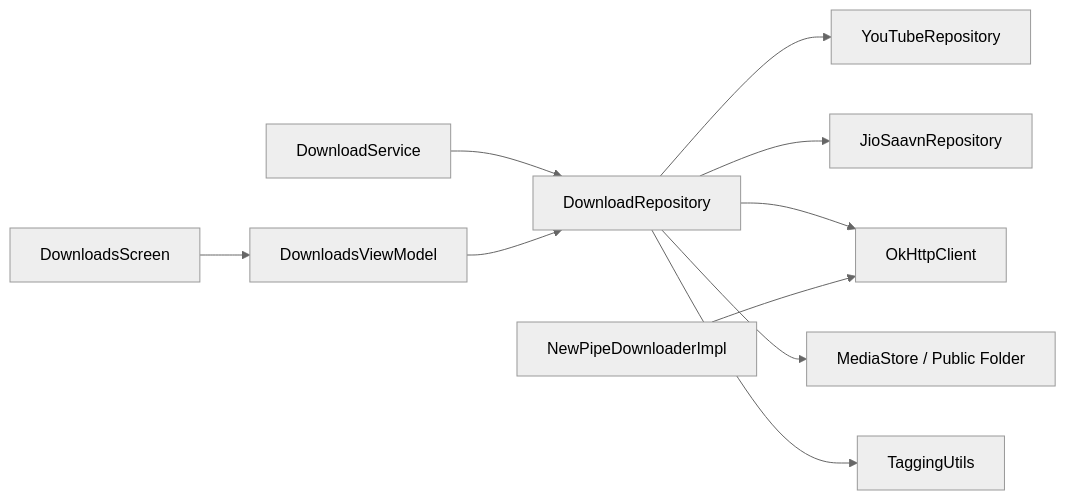
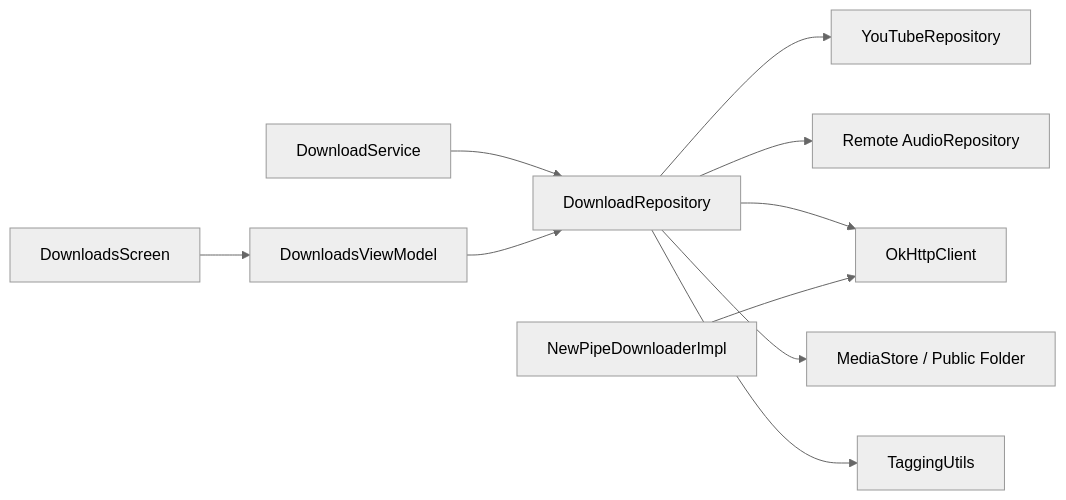
The eighth of 8 diagrams in docs/Download Management/Download Management.md (suvojeet-sengupta/SuvMusic), drawn with Mermaid (neutral theme) before and after one commit. The commit also changed other lines of this file and 32 other files, not shown here.

````diff
--- a/docs/Download Management/Download Management.md
+++ b/docs/Download Management/Download Management.md
@@ -389,12 +389,12 @@
 ```mermaid
 graph LR
 DLS["DownloadService"] --> DR["DownloadRepository"]
 DVM["DownloadsViewModel"] --> DR
 DS["DownloadsScreen"] --> DVM
 DR --> YT["YouTubeRepository"]
-DR --> JS["JioSaavnRepository"]
+DR --> JS["Remote AudioRepository"]
 DR --> OK["OkHttpClient"]
 DR --> MS["MediaStore / Public Folder"]
 DR --> TU["TaggingUtils"]
 NPDI["NewPipeDownloaderImpl"] --> OK
 ```
````
